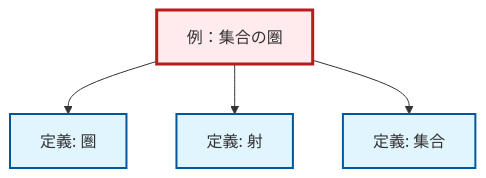
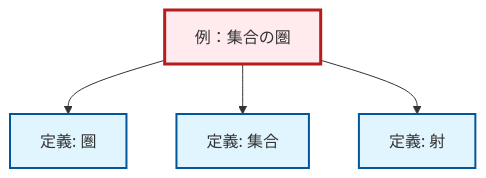
One commit to RK0429/ModernMath changed the diagram in content/ja/category-theory/ex-set-category.qmd. Above: the diagram before and after it, drawn with Mermaid. The commit also changed 672 other files, not shown here.

````diff
--- a/content/ja/category-theory/ex-set-category.qmd
+++ b/content/ja/category-theory/ex-set-category.qmd
@@ -69,20 +69,20 @@
 ```{mermaid}
-%%| fig-cap: "Local dependency graph"
+%%| fig-cap: "ローカル依存関係グラフ"
 graph TD
     classDef definition fill:#e1f5fe,stroke:#01579b,stroke-width:2px
     classDef theorem fill:#f3e5f5,stroke:#4a148c,stroke-width:2px
     classDef axiom fill:#fff3e0,stroke:#e65100,stroke-width:2px
     classDef example fill:#e8f5e9,stroke:#1b5e20,stroke-width:2px
     classDef current fill:#ffebee,stroke:#b71c1c,stroke-width:3px
+    ex-set-category["例：集合の圏"]:::example
     def-morphism["定義: 射"]:::definition
+    def-set["定義: 集合"]:::definition
     def-category["定義: 圏"]:::definition
-    ex-set-category["例：集合の圏"]:::example
-    def-set["定義: 集合"]:::definition
     ex-set-category --> def-category
+    ex-set-category --> def-set
     ex-set-category --> def-morphism
-    ex-set-category --> def-set
     class ex-set-category current
     click def-morphism "def-morphism.html" "射の定義へ"
+    click def-set "def-set.html" "集合の定義へ"
     click def-category "def-category.html" "圏の定義へ"
-    click def-set "def-set.html" "集合の定義へ"
 ```
````
